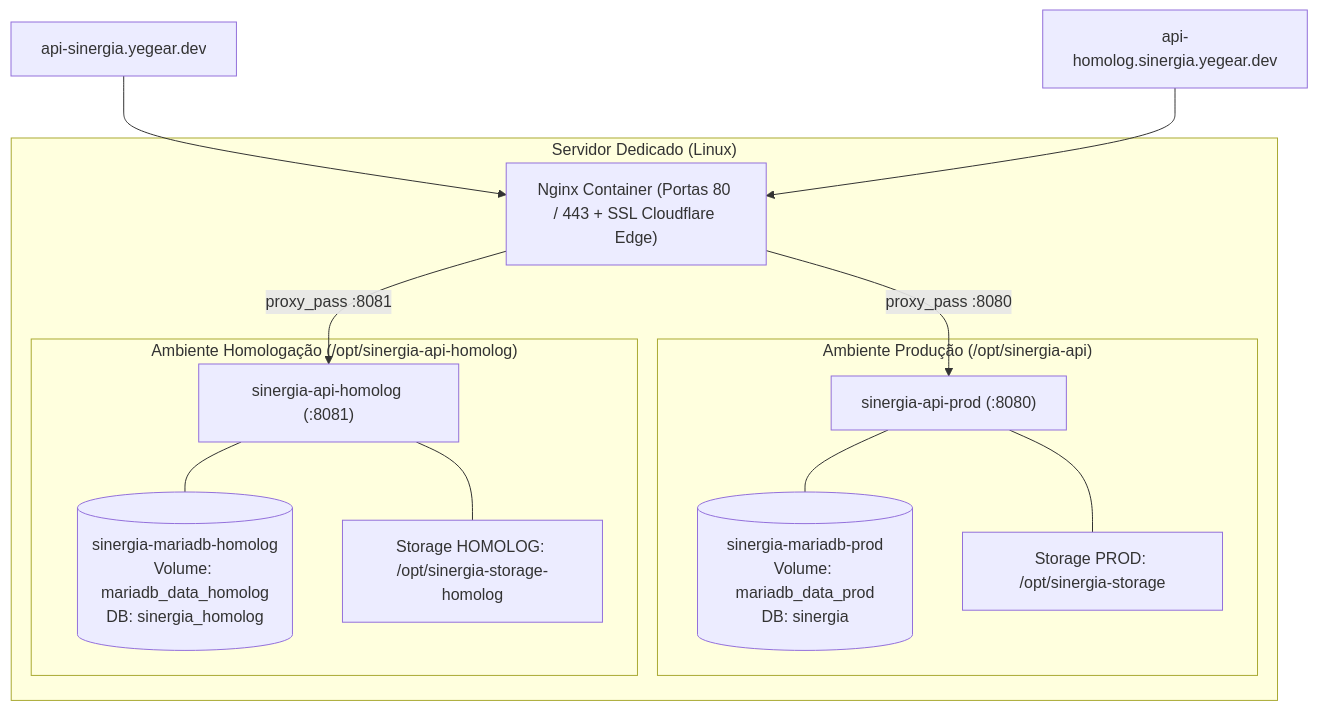
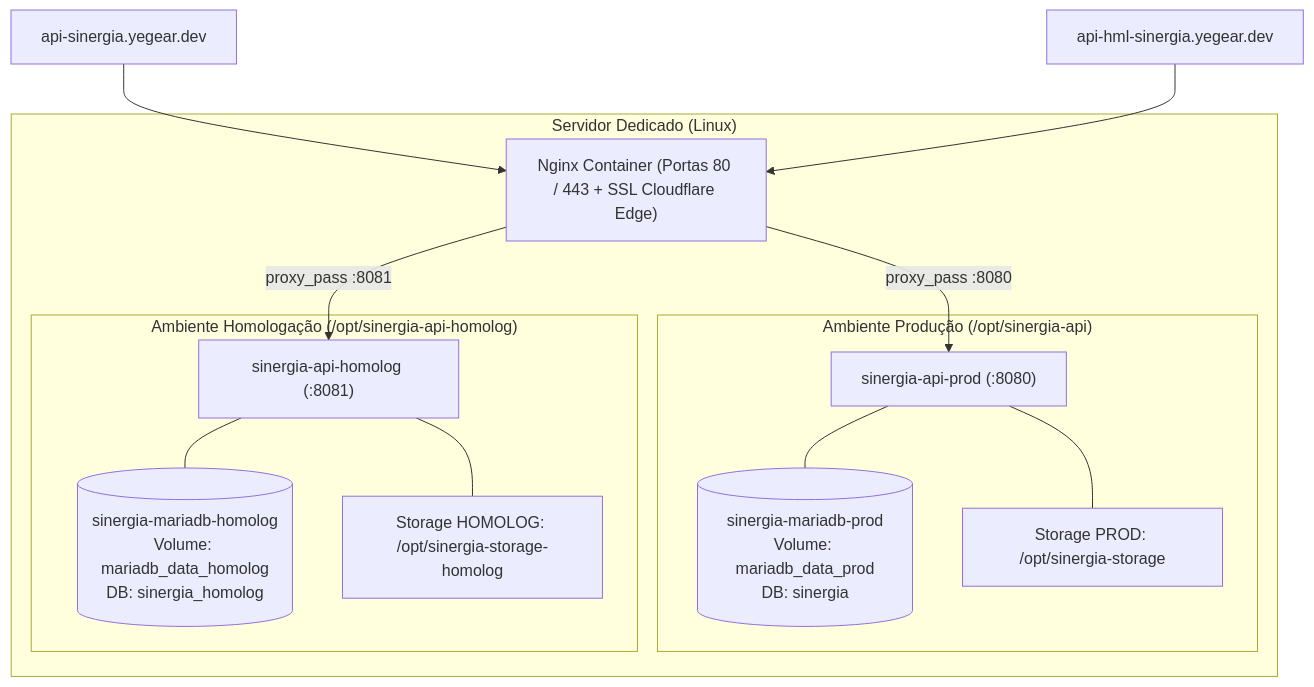
One commit to Sinergia-application/.github changed the third of 4 diagrams in docs/PLANO_CI_CD_GOVERNANCA_E_MONITORAMENTO.md. Above: the diagram before and after it, drawn with Mermaid. The commit also changed other lines of this file, not shown here.

Commit message:
docs: atualiza dominio da API de homologacao para api-hml-sinergia.yegear.dev

````diff
--- a/docs/PLANO_CI_CD_GOVERNANCA_E_MONITORAMENTO.md
+++ b/docs/PLANO_CI_CD_GOVERNANCA_E_MONITORAMENTO.md
@@ -187,28 +187,28 @@
 ```mermaid
 flowchart TD
     subgraph HostServer["Servidor Dedicado (Linux)"]
         NGINX["Nginx Container (Portas 80 / 443 + SSL Cloudflare Edge)"]
         
         subgraph ProdStack["Ambiente Produção (/opt/sinergia-api)"]
             API_P["sinergia-api-prod (:8080)"]
             DB_P[("sinergia-mariadb-prod\nVolume: mariadb_data_prod\nDB: sinergia")]
             STORAGE_P["Storage PROD: /opt/sinergia-storage"]
         end
 
         subgraph HomologStack["Ambiente Homologação (/opt/sinergia-api-homolog)"]
             API_H["sinergia-api-homolog (:8081)"]
             DB_H[("sinergia-mariadb-homolog\nVolume: mariadb_data_homolog\nDB: sinergia_homolog")]
             STORAGE_H["Storage HOMOLOG: /opt/sinergia-storage-homolog"]
         end
     end
 
     DOM_PROD["api-sinergia.yegear.dev"] --> NGINX
-    DOM_HOMOLOG["api-homolog.sinergia.yegear.dev"] --> NGINX
+    DOM_HOMOLOG["api-hml-sinergia.yegear.dev"] --> NGINX
     NGINX -->|proxy_pass :8080| API_P
     NGINX -->|proxy_pass :8081| API_H
     
     API_P --- DB_P
     API_P --- STORAGE_P
     API_H --- DB_H
     API_H --- STORAGE_H
 ```
````
